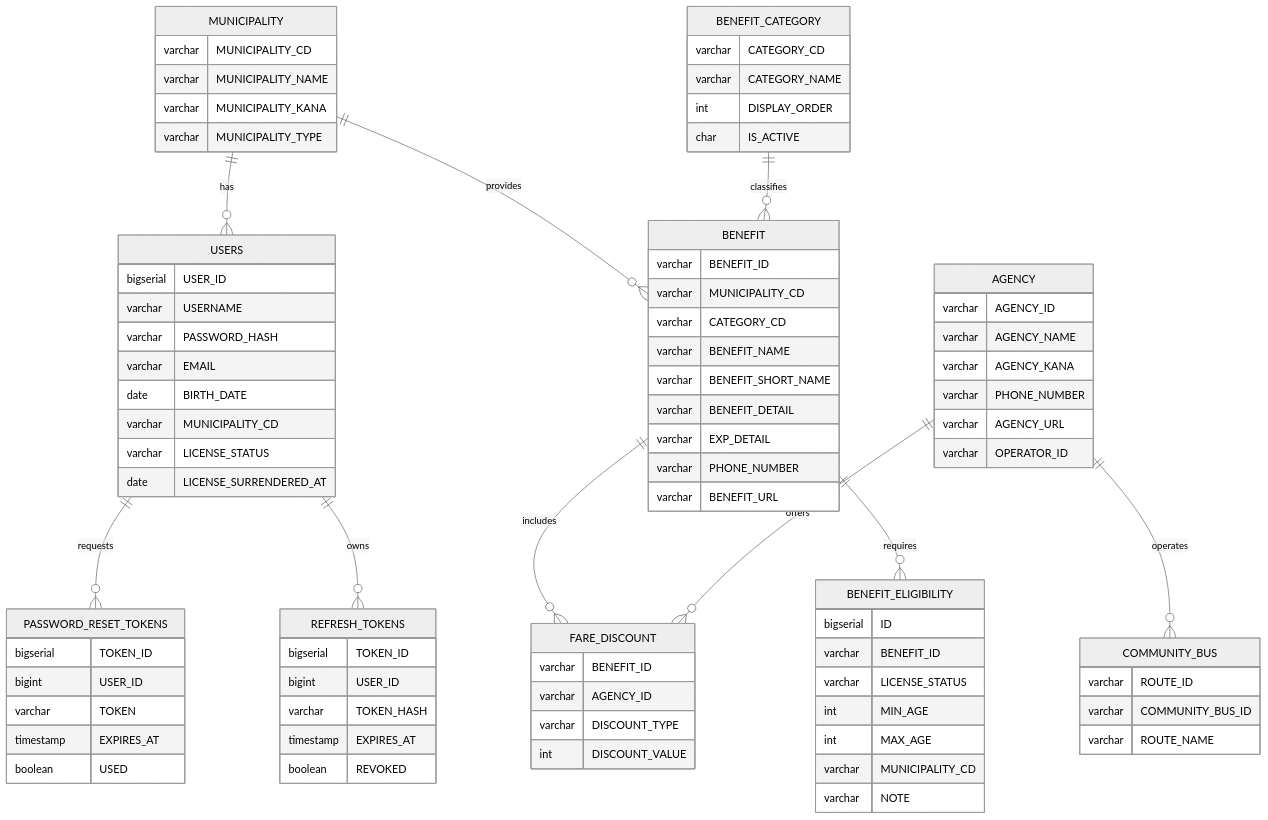
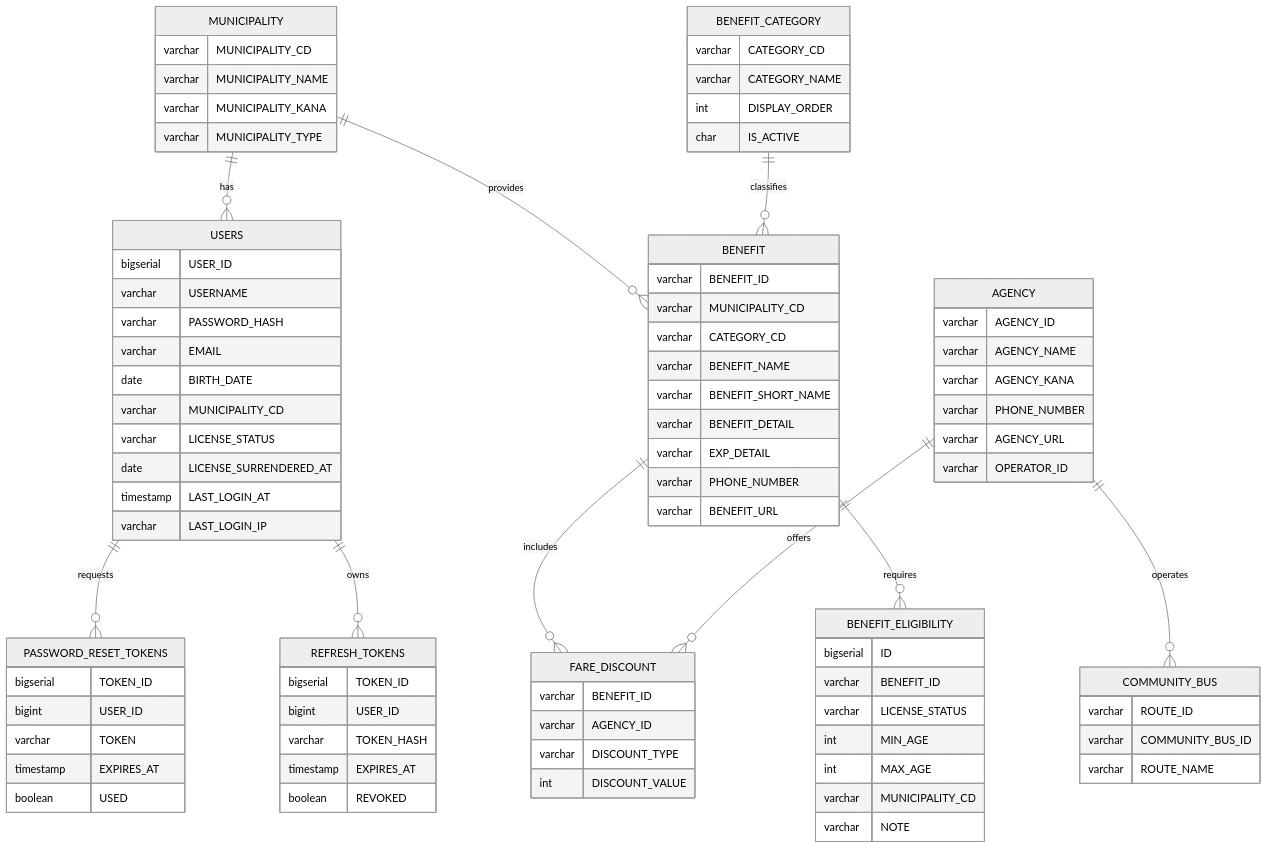
One commit to taichi0373/kumamoto-henno-map changed the diagram in docs/03_database/er_diagram.md. Above: the diagram before and after it, drawn with Mermaid (neutral theme). The commit also changed 10 other files, not shown here.

```diff
--- a/docs/03_database/er_diagram.md
+++ b/docs/03_database/er_diagram.md
@@ -54,6 +54,8 @@
         varchar   MUNICIPALITY_CD
         varchar   LICENSE_STATUS
         date      LICENSE_SURRENDERED_AT
+        timestamp LAST_LOGIN_AT
+        varchar   LAST_LOGIN_IP
     }
 
     REFRESH_TOKENS {
```
